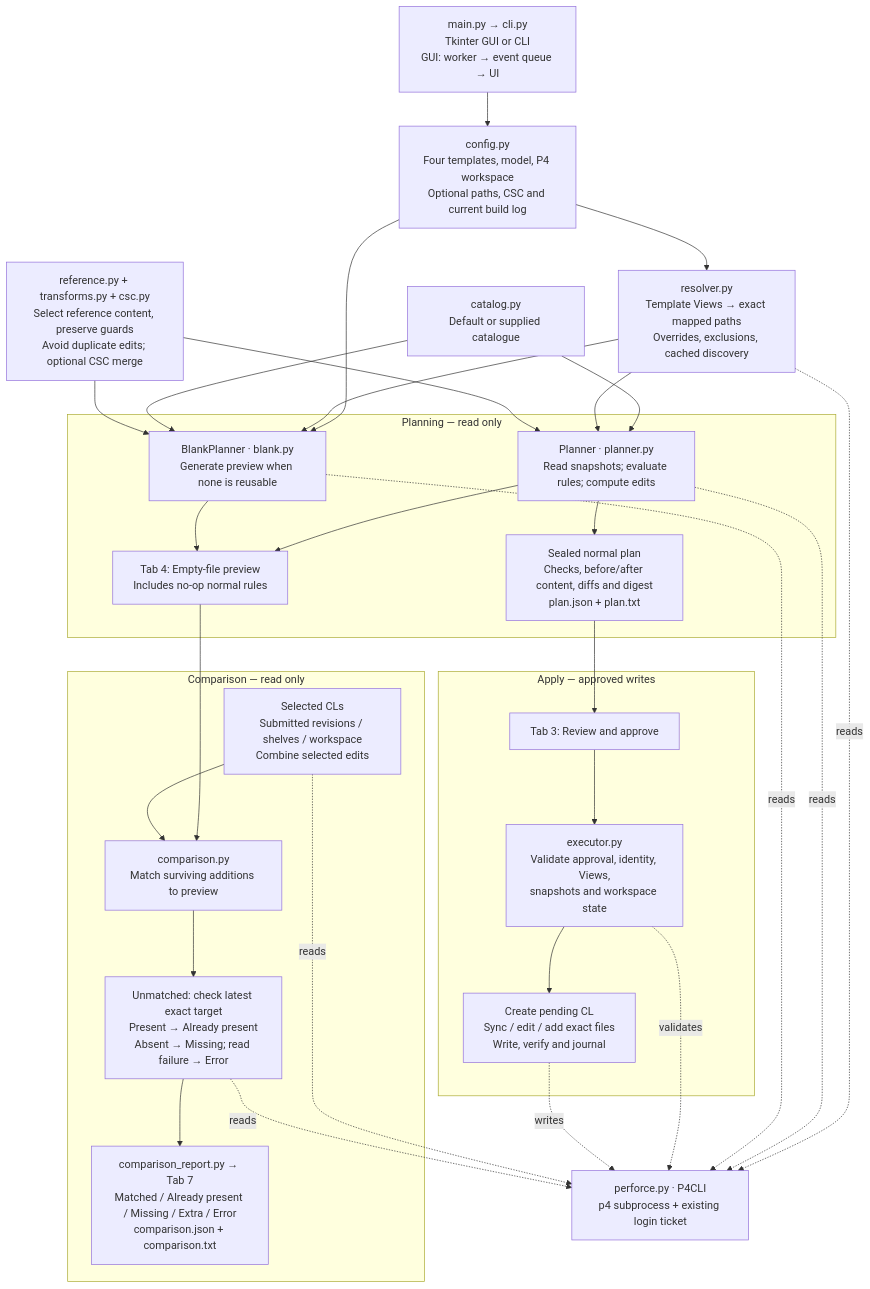
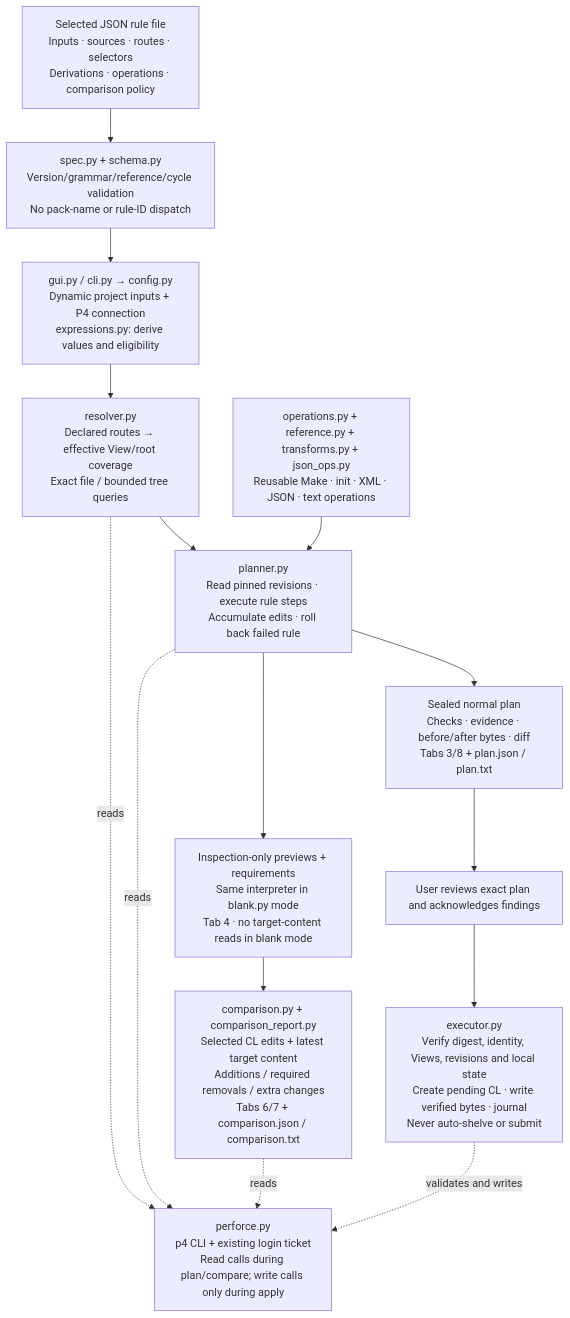
The diagram in docs/architecture.mmd (pranavbhole123/DeltaAutomationTool), drawn with Mermaid before and after one commit. The commit also changed 40 other files, not shown here.

First line of the commit message:
Implement self-contained JSON rule engine and Qualcomm rule packs

```diff
--- a/docs/architecture.mmd
+++ b/docs/architecture.mmd
@@ -1,45 +1,21 @@
 flowchart TD
-    entry["main.py → cli.py<br/>Tkinter GUI or CLI<br/>GUI: worker → event queue → UI"]
-    inputs["config.py<br/>Four templates, model, P4 workspace<br/>Optional paths, CSC and current build log"]
-    rules["catalog.py<br/>Default or supplied catalogue"]
-    discovery["resolver.py<br/>Template Views → exact mapped paths<br/>Overrides, exclusions, cached discovery"]
-    selection["reference.py + transforms.py + csc.py<br/>Select reference content, preserve guards<br/>Avoid duplicate edits; optional CSC merge"]
-    entry --> inputs --> discovery
-    rules --> planner
-    discovery --> planner
-    selection --> planner
-    subgraph Planning["Planning — read only"]
-        planner["Planner · planner.py<br/>Read snapshots; evaluate rules; compute edits"]
-        plan["Sealed normal plan<br/>Checks, before/after content, diffs and digest<br/>plan.json + plan.txt"]
-        preview["Tab 4: Empty-file preview<br/>Includes no-op normal rules"]
-        blank["BlankPlanner · blank.py<br/>Generate preview when none is reusable"]
-        planner --> plan
-        planner --> preview
-        blank --> preview
-    end
-    inputs --> blank
-    discovery --> blank
-    rules --> blank
-    selection --> blank
-    subgraph Apply["Apply — approved writes"]
-        approve["Tab 3: Review and approve"]
-        executor["executor.py<br/>Validate approval, identity, Views,<br/>snapshots and workspace state"]
-        pending["Create pending CL<br/>Sync / edit / add exact files<br/>Write, verify and journal"]
-        plan --> approve --> executor --> pending
-    end
-    subgraph Comparison["Comparison — read only"]
-        cls["Selected CLs<br/>Submitted revisions / shelves / workspace<br/>Combine selected edits"]
-        compare["comparison.py<br/>Match surviving additions to preview"]
-        latest["Unmatched: check latest exact target<br/>Present → Already present<br/>Absent → Missing; read failure → Error"]
-        report["comparison_report.py → Tab 7<br/>Matched / Already present / Missing / Extra / Error<br/>comparison.json + comparison.txt"]
-        preview --> compare
-        cls --> compare --> latest --> report
-    end
-    p4["perforce.py · P4CLI<br/>p4 subprocess + existing login ticket"]
-    discovery -. reads .-> p4
-    planner -. reads .-> p4
-    blank -. reads .-> p4
-    cls -. reads .-> p4
-    latest -. reads .-> p4
-    executor -. validates .-> p4
-    pending -. writes .-> p4
+    json["Selected JSON rule file<br/>Inputs · sources · routes · selectors<br/>Derivations · operations · comparison policy"]
+    load["spec.py + schema.py<br/>Version/grammar/reference/cycle validation<br/>No pack-name or rule-ID dispatch"]
+    inputs["gui.py / cli.py → config.py<br/>Dynamic project inputs + P4 connection<br/>expressions.py: derive values and eligibility"]
+    resolve["resolver.py<br/>Declared routes → effective View/root coverage<br/>Exact file / bounded tree queries"]
+    pure["operations.py + reference.py + transforms.py + json_ops.py<br/>Reusable Make · init · XML · JSON · text operations"]
+    plan["planner.py<br/>Read pinned revisions · execute rule steps<br/>Accumulate edits · roll back failed rule"]
+    output["Sealed normal plan<br/>Checks · evidence · before/after bytes · diff<br/>Tabs 3/8 + plan.json / plan.txt"]
+    preview["Inspection-only previews + requirements<br/>Same interpreter in blank.py mode<br/>Tab 4 · no target-content reads in blank mode"]
+    compare["comparison.py + comparison_report.py<br/>Selected CL edits + latest target content<br/>Additions / required removals / extra changes<br/>Tabs 6/7 + comparison.json / comparison.txt"]
+    approval["User reviews exact plan and acknowledges findings"]
+    apply["executor.py<br/>Verify digest, identity, Views, revisions and local state<br/>Create pending CL · write verified bytes · journal<br/>Never auto-shelve or submit"]
+    p4["perforce.py<br/>p4 CLI + existing login ticket<br/>Read calls during plan/compare; write calls only during apply"]
+    json --> load --> inputs --> resolve --> plan
+    pure --> plan
+    plan --> output --> approval --> apply
+    plan --> preview --> compare
+    resolve -. reads .-> p4
+    plan -. reads .-> p4
+    compare -. reads .-> p4
+    apply -. validates and writes .-> p4
```
